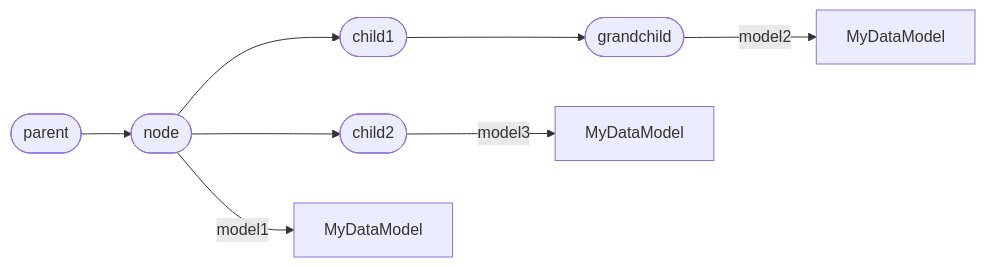
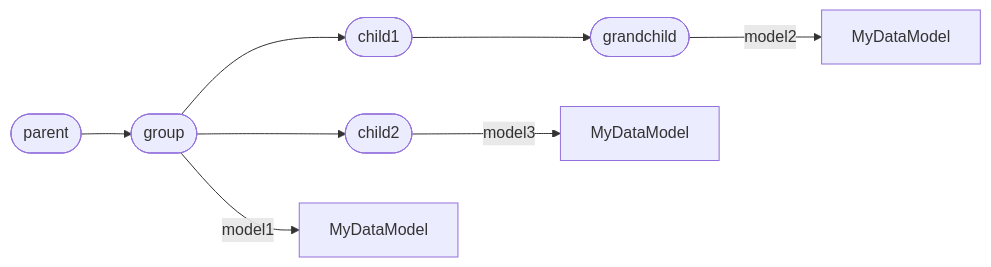
One commit to rmorshea/artigraph changed the second of 2 diagrams in docs/usage.md. Above: the diagram before and after it, drawn with Mermaid. The commit also changed other lines of this file and 28 other files, not shown here.

````diff
--- a/docs/usage.md
+++ b/docs/usage.md
@@ -268,19 +290,19 @@
 ```mermaid
 graph LR
     p([parent])
-    n([node])
+    n([group])
     c1([child1])
     c2([child2])
     g([grandchild])
     m1[MyDataModel]
     m2[MyDataModel]
     m3[MyDataModel]
 
     p --> n
     n --> |model1| m1
     n --> c1
     n --> c2
     c1 --> g
     g --> |model2| m2
     c2 --> |model3| m3
 ```
````
